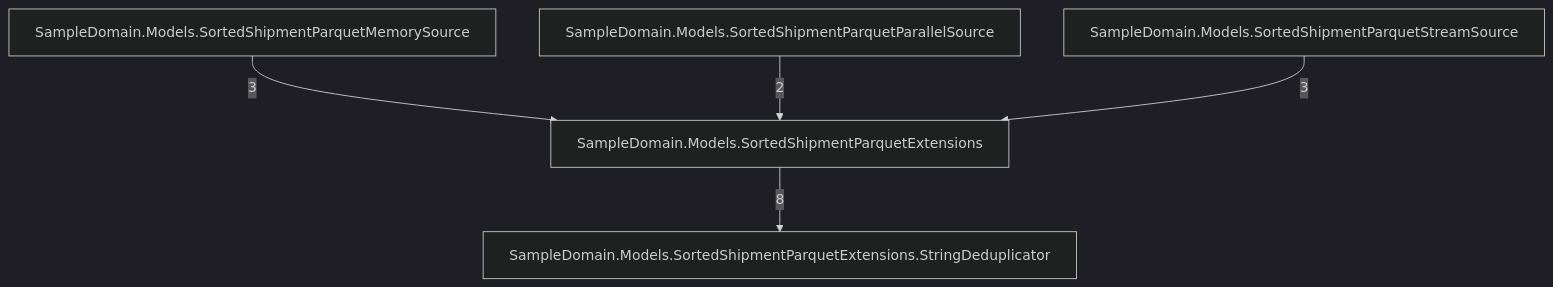
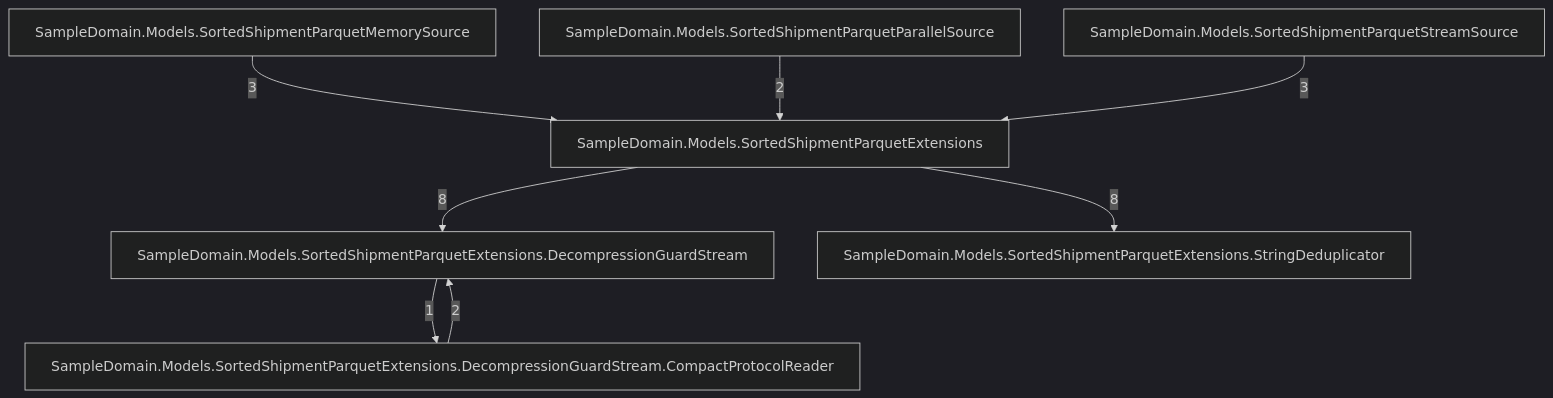
One commit to rtkelly13/Parquet.SourceGenerator changed the seventh of 7 diagrams in docs/callgraph-generated.md. Above: the diagram before and after it, drawn with Mermaid (dark theme). The commit also changed other lines of this file and 11 other files, not shown here.

Commit message:
fix(safety): preserve structural gates for decompression guard

````diff
--- a/docs/callgraph-generated.md
+++ b/docs/callgraph-generated.md
@@ -86,12 +116,17 @@
 ```mermaid
 graph TD
     tsampledomainmodelssortedshipmentparquetextensions_051["SampleDomain.Models.SortedShipmentParquetExtensions"]
+    tsampledomainmodelssortedshipmentparquetextensionsdecompressionguardstream_076["SampleDomain.Models.SortedShipmentParquetExtensions.DecompressionGuardStream"]
+    tsampledomainmodelssortedshipmentparquetextensionsdecompressionguardstreamcompactprotocolreader_098["SampleDomain.Models.SortedShipmentParquetExtensions.DecompressionGuardStream.CompactProtocolReader"]
     tsampledomainmodelssortedshipmentparquetextensionsstringdeduplicator_070["SampleDomain.Models.SortedShipmentParquetExtensions.StringDeduplicator"]
     tsampledomainmodelssortedshipmentparquetmemorysource_053["SampleDomain.Models.SortedShipmentParquetMemorySource"]
     tsampledomainmodelssortedshipmentparquetparallelsource_055["SampleDomain.Models.SortedShipmentParquetParallelSource"]
     tsampledomainmodelssortedshipmentparquetstreamsource_053["SampleDomain.Models.SortedShipmentParquetStreamSource"]
+    tsampledomainmodelssortedshipmentparquetextensionsdecompressionguardstreamcompactprotocolreader_098 -->|2| tsampledomainmodelssortedshipmentparquetextensionsdecompressionguardstream_076
+    tsampledomainmodelssortedshipmentparquetextensionsdecompressionguardstream_076 -->|1| tsampledomainmodelssortedshipmentparquetextensionsdecompressionguardstreamcompactprotocolreader_098
+    tsampledomainmodelssortedshipmentparquetextensions_051 -->|8| tsampledomainmodelssortedshipmentparquetextensionsdecompressionguardstream_076
     tsampledomainmodelssortedshipmentparquetextensions_051 -->|8| tsampledomainmodelssortedshipmentparquetextensionsstringdeduplicator_070
     tsampledomainmodelssortedshipmentparquetmemorysource_053 -->|3| tsampledomainmodelssortedshipmentparquetextensions_051
     tsampledomainmodelssortedshipmentparquetparallelsource_055 -->|2| tsampledomainmodelssortedshipmentparquetextensions_051
     tsampledomainmodelssortedshipmentparquetstreamsource_053 -->|3| tsampledomainmodelssortedshipmentparquetextensions_051
 ```
````
